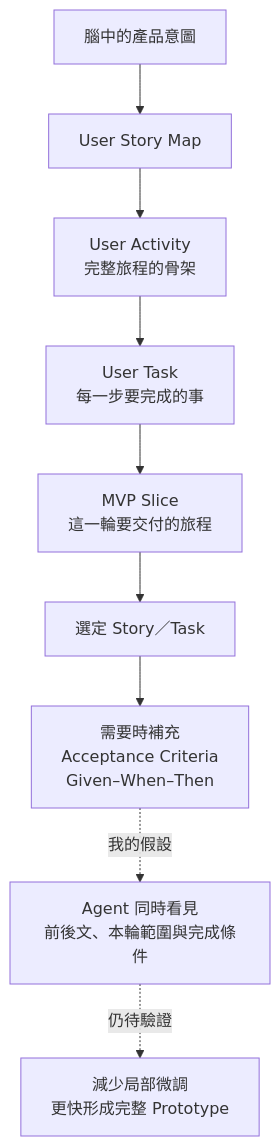
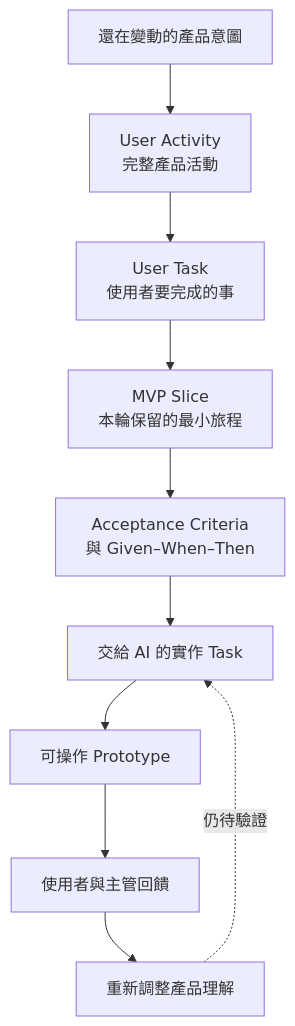
Before and after one commit to WilliamCHIU-ETH/3week-mental-map: the second of 2 diagrams in README.md, drawn with Mermaid. The commit also changed other lines of this file, not shown here.

Commit message:
Rewrite mental map as first-person product exploration narrative

````diff
--- a/README.md
+++ b/README.md
@@ -119,11 +173,12 @@
 ```mermaid
 flowchart TB
-    A["腦中的產品意圖"] --> B["User Story Map"]
-    B --> C["User Activity<br/>完整旅程的骨架"]
-    C --> D["User Task<br/>每一步要完成的事"]
-    D --> E["MVP Slice<br/>這一輪要交付的旅程"]
-    E --> F["選定 Story／Task"]
-    F --> G["需要時補充<br/>Acceptance Criteria<br/>Given–When–Then"]
-    G -.我的假設.-> H["Agent 同時看見<br/>前後文、本輪範圍與完成條件"]
-    H -.仍待驗證.-> I["減少局部微調<br/>更快形成完整 Prototype"]
+    A["還在變動的產品意圖"] --> B["User Activity<br/>完整產品活動"]
+    B --> C["User Task<br/>使用者要完成的事"]
+    C --> D["MVP Slice<br/>本輪保留的最小旅程"]
+    D --> E["Acceptance Criteria<br/>與 Given–When–Then"]
+    E --> F["交給 AI 的實作 Task"]
+    F --> G["可操作 Prototype"]
+    G --> H["使用者與主管回饋"]
+    H --> I["重新調整產品理解"]
+    I -.仍待驗證.-> F
 ```
````
